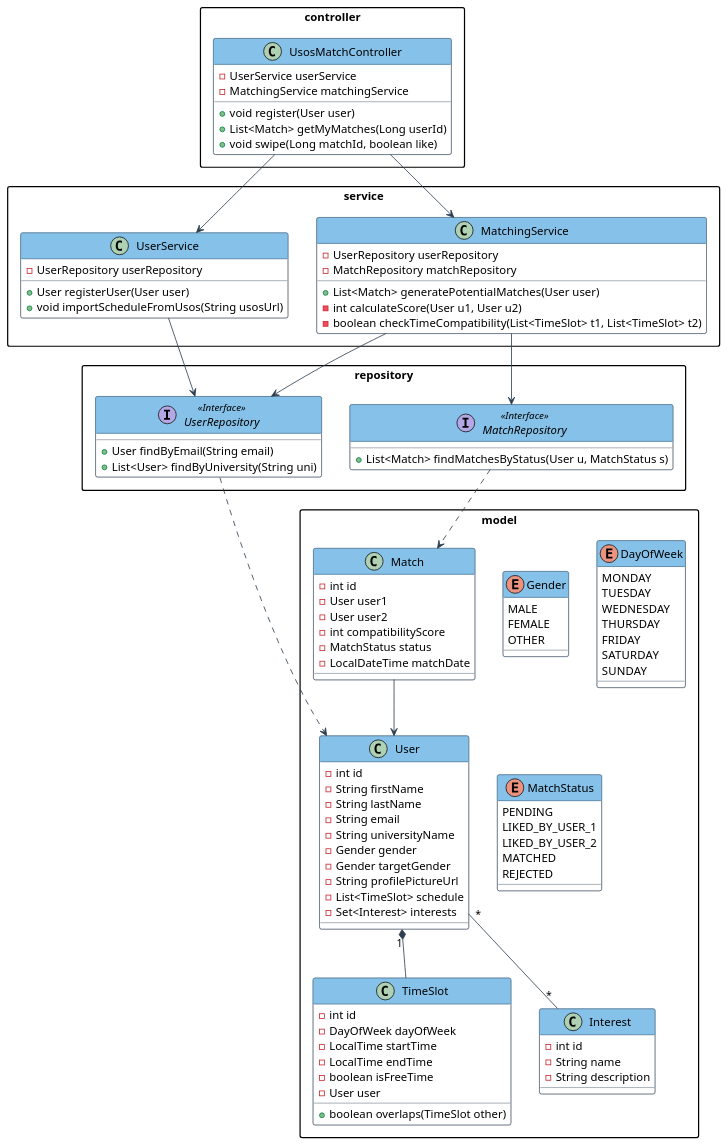
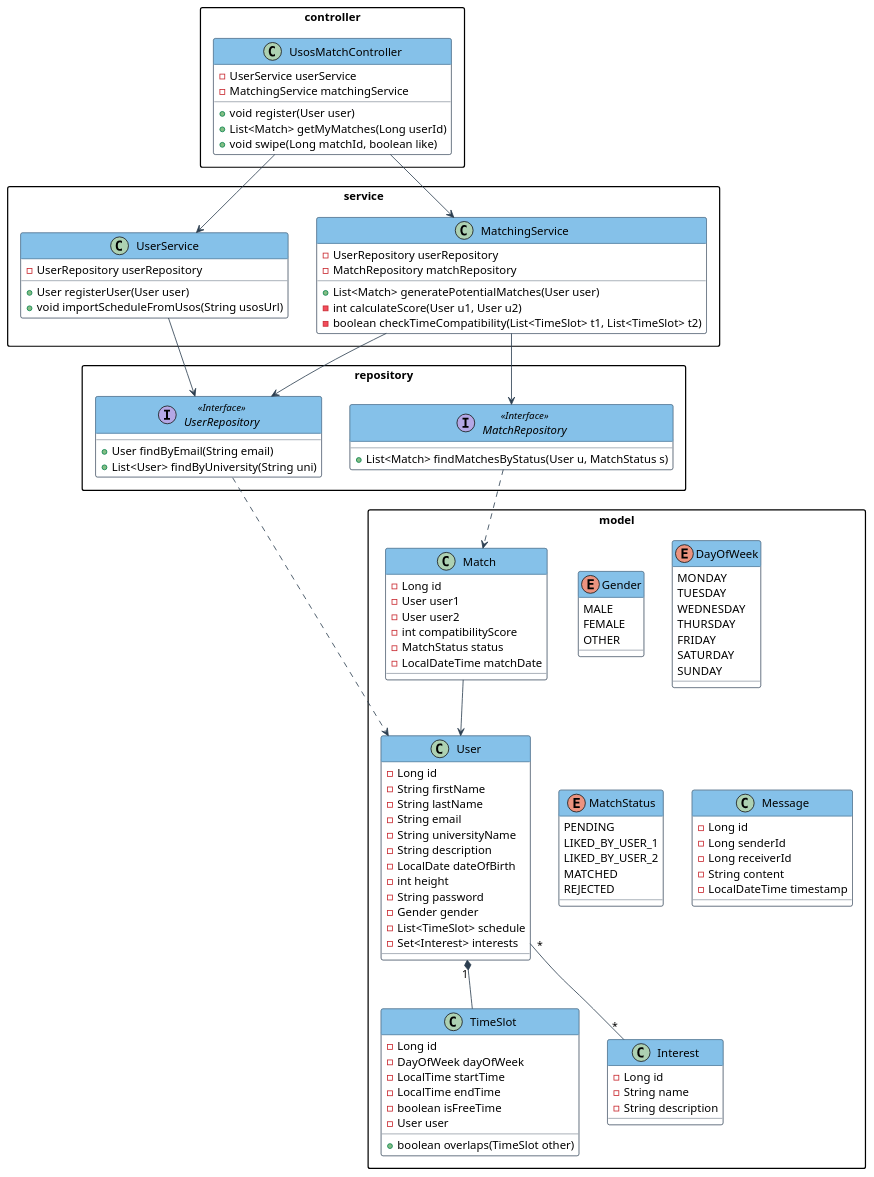
The diagram in Dokumentacja/diagram_klas.puml (ceslinka/UsosMatch), drawn with PlantUML before and after one commit. The commit also changed 8 other files, not shown here.

```diff
--- a/Dokumentacja/diagram_klas.puml
+++ b/Dokumentacja/diagram_klas.puml
@@ -1,149 +1,160 @@
 @startuml
 
 skinparam shadowing false
 skinparam packageStyle rectangle
 skinparam class {
     BackgroundColor White
     ArrowColor #2C3E50
     BorderColor #2C3E50
     HeaderBackgroundColor #85C1E9
 }
 
 'Korzystamy z modelu model-view-controller aby stworzyc pierwotny plan specyfikacji naszego projektu
 
 package "model" {
     
     'Użyjemy enumów aby nie doprowadzić do niejednoznaczności wpisów 
     enum Gender {
         MALE
         FEMALE
         OTHER
     }
 
     enum DayOfWeek {
         MONDAY
         TUESDAY
         WEDNESDAY
         THURSDAY
         FRIDAY
         SATURDAY
         SUNDAY
     }
 
     'Tak zwane bio naszego uzytkowanika, zawierajace najwazniejsze informacje
     class User {
-        - int id
+        - Long id
         - String firstName
         - String lastName
         - String email
         - String universityName
+        - String description
+        - LocalDate dateOfBirth
+        - int height
+        - String password
         - Gender gender
-        - Gender targetGender
-        - String profilePictureUrl
         - List<TimeSlot> schedule
         - Set<Interest> interests
+
         
     }
 
     'Klasa ma na celu zbieranie informacji na temat możliwych okienek studentów 
     class TimeSlot {
-        - int id
+        - Long id
         - DayOfWeek dayOfWeek
         - LocalTime startTime
         - LocalTime endTime
         - boolean isFreeTime
         - User user
         + boolean overlaps(TimeSlot other)
     }
     
     'Wspólne zainteresowania, hobby
     class Interest {
-        - int id
+        - Long id
         - String name
         - String description
     }
 
     enum MatchStatus {
         PENDING
         LIKED_BY_USER_1
         LIKED_BY_USER_2
         MATCHED
         REJECTED
     }
+
+    class Message {
+    - Long id
+    - Long senderId
+    - Long receiverId
+    - String content
+    - LocalDateTime timestamp
+    }
     
     'Klasa ma pozwolic przechowywanie matchy miedzy uzytkownikami 
     class Match {
-        - int id
+        - Long id
         - User user1
         - User user2
         - int compatibilityScore
         - MatchStatus status
         - LocalDateTime matchDate
     }
 }
 
 'Wstepnie ten pakiet ma miec kontakt z baza danych aby moc wyszukiwac pewne informacje
 package "repository" {
     
     interface UserRepository <<Interface>> {
         + User findByEmail(String email)
         + List<User> findByUniversity(String uni)
     }
 
     interface MatchRepository <<Interface>> {
         + List<Match> findMatchesByStatus(User u, MatchStatus s)
     }
 }
 
 'Klasy obslugujace cale dzialanie parowania 
 package "service" {
     'Obsluga dzialania naszego matchowania     
     class MatchingService {
        'Algorytmy sa w trakcie planowania to wstepny model 
         - UserRepository userRepository
         - MatchRepository matchRepository
         + List<Match> generatePotentialMatches(User user)
         - int calculateScore(User u1, User u2)
         - boolean checkTimeCompatibility(List<TimeSlot> t1, List<TimeSlot> t2)
     }
     'Obsluga rejestracji 
     class UserService {
         - UserRepository userRepository
         + User registerUser(User user)
         'Plan na pobieranie automatycznie planu/ewentualnie zostanie zmienione na manualne 
         + void importScheduleFromUsos(String usosUrl)
     }
 }
 
 'Mozliwosc kontroli i korzystania z aplikacji przez uzytkownika
 package "controller" {
     
     class UsosMatchController {
         - UserService userService
         - MatchingService matchingService
         + void register(User user)
         + List<Match> getMyMatches(Long userId)
         + void swipe(Long matchId, boolean like)
     }
 }
 
 User "1" *-- TimeSlot 
 'Kompozycja. Oznacza to ścisłą zależność. Plan zajęć nie może istnieć bez Studenta.
 User "*" -- "*" Interest 
 'Relacja wiele-do-wielu. Jeden student ma wiele zainteresowań
 Match --> User 
 'Asocjacja obiekt dopasowanie wskazuje na dwóch konkretnych użytkowników
 
 
 'Klasyczne polaczenia tylko we dwoch stylach 
 UserRepository ..> User
 MatchRepository ..> Match
 
 UserService --> UserRepository
 MatchingService --> UserRepository
 MatchingService --> MatchRepository
 
 UsosMatchController --> UserService
 UsosMatchController --> MatchingService
 
 @enduml
```
